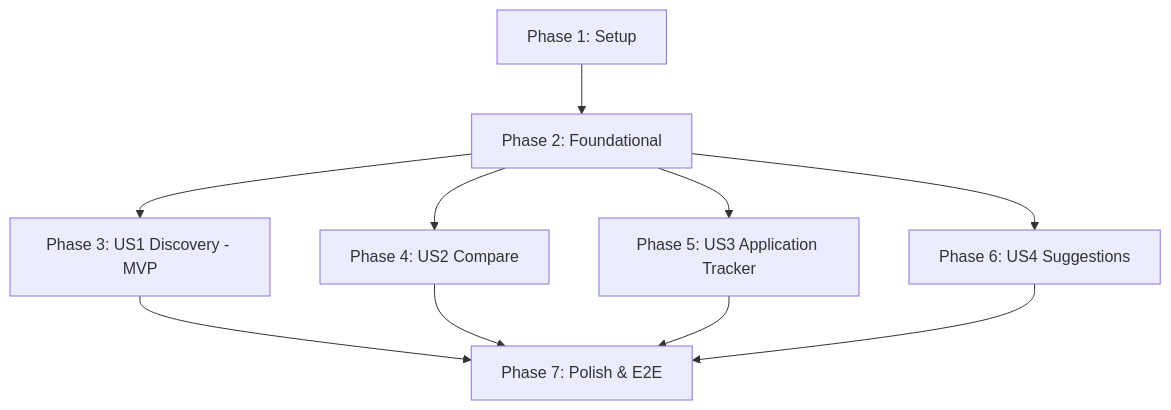
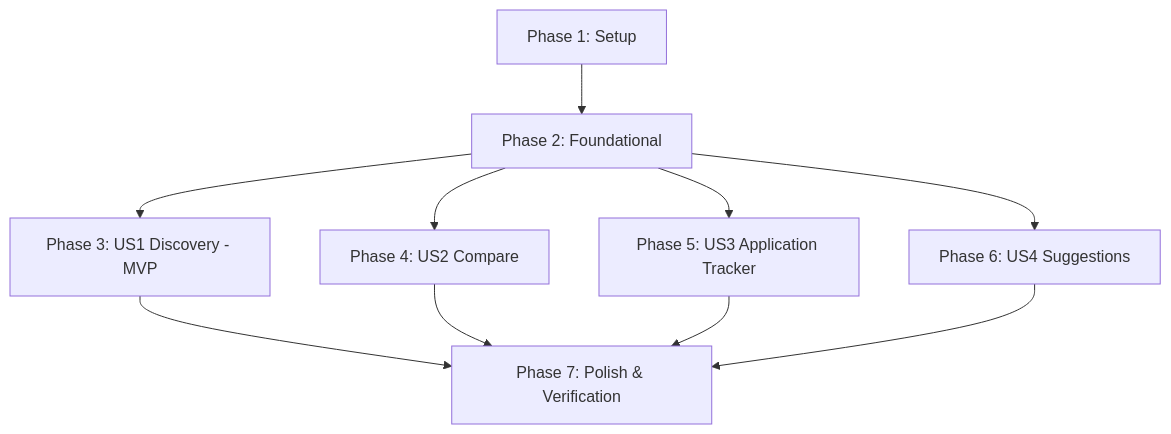
Before and after one commit to UniGate-eg/v1-next-mono: the diagram in specs/001-unicompass-core-platform/tasks.md, drawn with Mermaid. The commit also changed other lines of this file and 76 other files, not shown here.

````diff
--- a/specs/001-unicompass-core-platform/tasks.md
+++ b/specs/001-unicompass-core-platform/tasks.md
@@ -153,12 +153,12 @@
 ```mermaid
 graph TD
     Phase1[Phase 1: Setup] --> Phase2[Phase 2: Foundational]
     Phase2 --> Phase3[Phase 3: US1 Discovery - MVP]
     Phase2 --> Phase4[Phase 4: US2 Compare]
     Phase2 --> Phase5[Phase 5: US3 Application Tracker]
     Phase2 --> Phase6[Phase 6: US4 Suggestions]
-    Phase3 --> Phase7[Phase 7: Polish & E2E]
+    Phase3 --> Phase7[Phase 7: Polish & Verification]
     Phase4 --> Phase7
     Phase5 --> Phase7
     Phase6 --> Phase7
 ```
````
